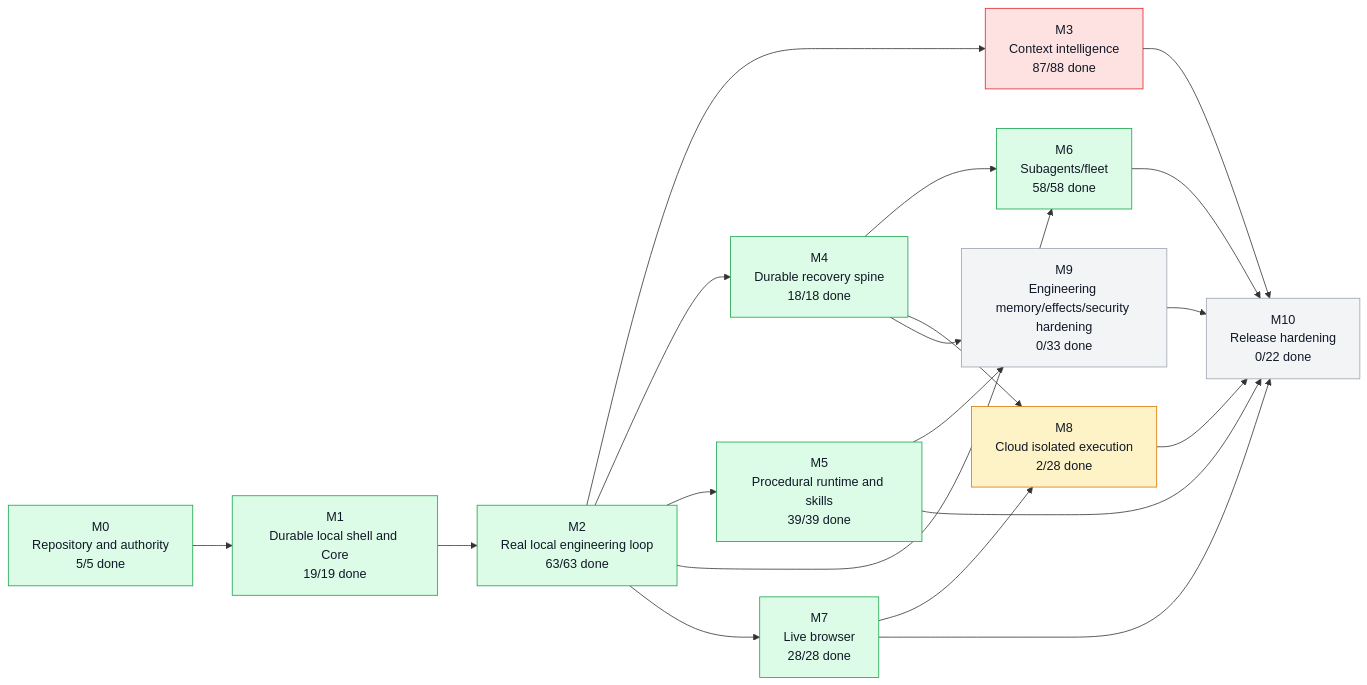
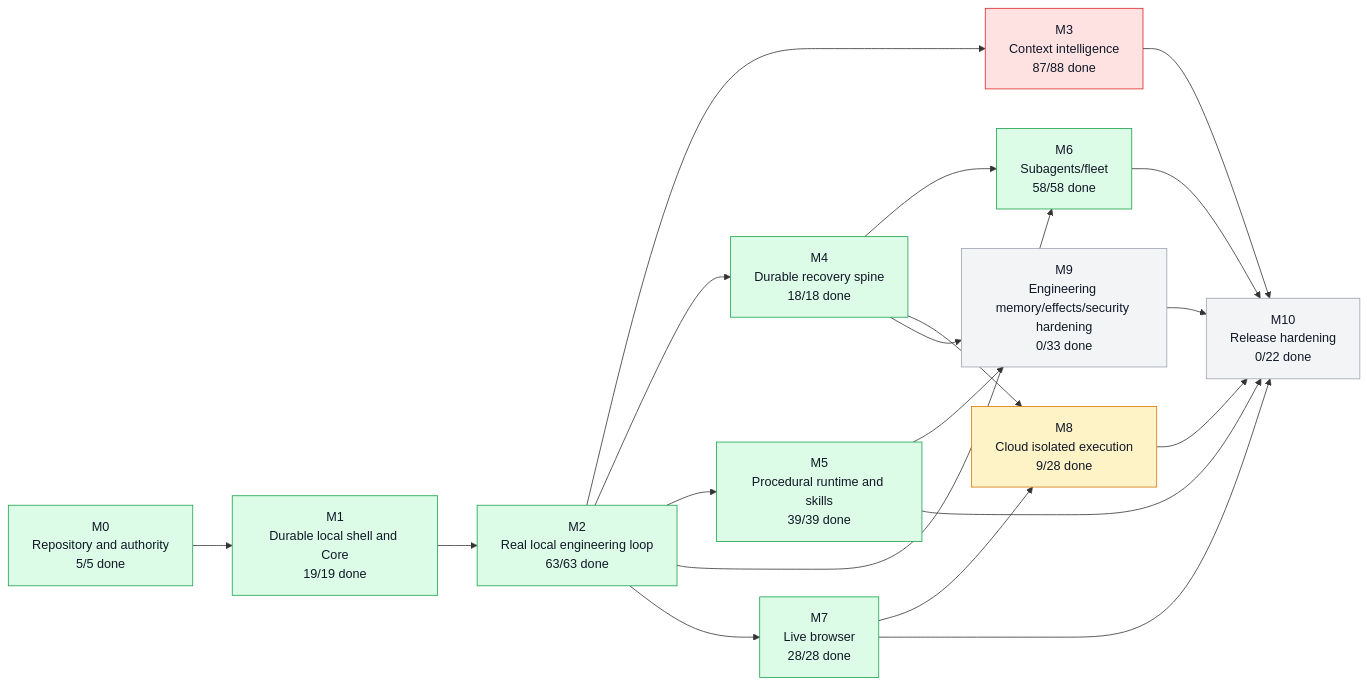
One commit to moss101/modbit changed the first of 5 diagrams in graph/PROJECT_GRAPH.md. Above: the diagram before and after it, drawn with Mermaid. The commit also changed other lines of this file and 20 other files, not shown here.

````diff
--- a/graph/PROJECT_GRAPH.md
+++ b/graph/PROJECT_GRAPH.md
@@ -57,43 +57,43 @@
 ```mermaid
 flowchart LR
   M0["M0<br/>Repository and authority<br/>5/5 done"]
   M1["M1<br/>Durable local shell and Core<br/>19/19 done"]
   M2["M2<br/>Real local engineering loop<br/>63/63 done"]
   M3["M3<br/>Context intelligence<br/>87/88 done"]
   M4["M4<br/>Durable recovery spine<br/>18/18 done"]
   M5["M5<br/>Procedural runtime and skills<br/>39/39 done"]
   M6["M6<br/>Subagents/fleet<br/>58/58 done"]
   M7["M7<br/>Live browser<br/>28/28 done"]
-  M8["M8<br/>Cloud isolated execution<br/>2/28 done"]
+  M8["M8<br/>Cloud isolated execution<br/>9/28 done"]
   M9["M9<br/>Engineering memory/effects/security hardening<br/>0/33 done"]
   M10["M10<br/>Release hardening<br/>0/22 done"]
   M0 --> M1
   M1 --> M2
   M2 --> M3
   M2 --> M4
   M2 --> M5
   M2 --> M6
   M4 --> M6
   M2 --> M7
   M4 --> M8
   M7 --> M8
   M4 --> M9
   M5 --> M9
   M3 --> M10
   M5 --> M10
   M6 --> M10
   M7 --> M10
   M8 --> M10
   M9 --> M10
   style M0 fill:#dcfce7,stroke:#16a34a,color:#111827
   style M1 fill:#dcfce7,stroke:#16a34a,color:#111827
   style M2 fill:#dcfce7,stroke:#16a34a,color:#111827
   style M3 fill:#fee2e2,stroke:#dc2626,color:#111827
   style M4 fill:#dcfce7,stroke:#16a34a,color:#111827
   style M5 fill:#dcfce7,stroke:#16a34a,color:#111827
   style M6 fill:#dcfce7,stroke:#16a34a,color:#111827
   style M7 fill:#dcfce7,stroke:#16a34a,color:#111827
   style M8 fill:#fef3c7,stroke:#d97706,color:#111827
   style M9 fill:#f3f4f6,stroke:#9ca3af,color:#111827
   style M10 fill:#f3f4f6,stroke:#9ca3af,color:#111827
 ```
````
